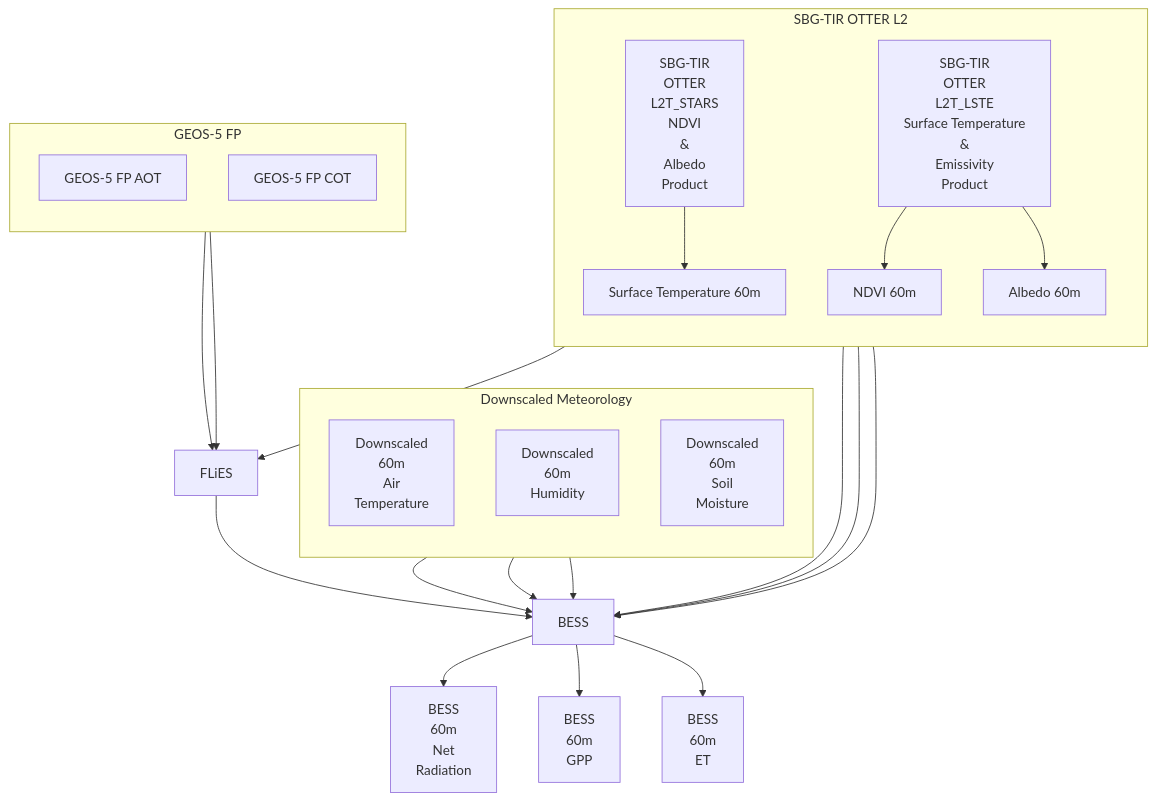
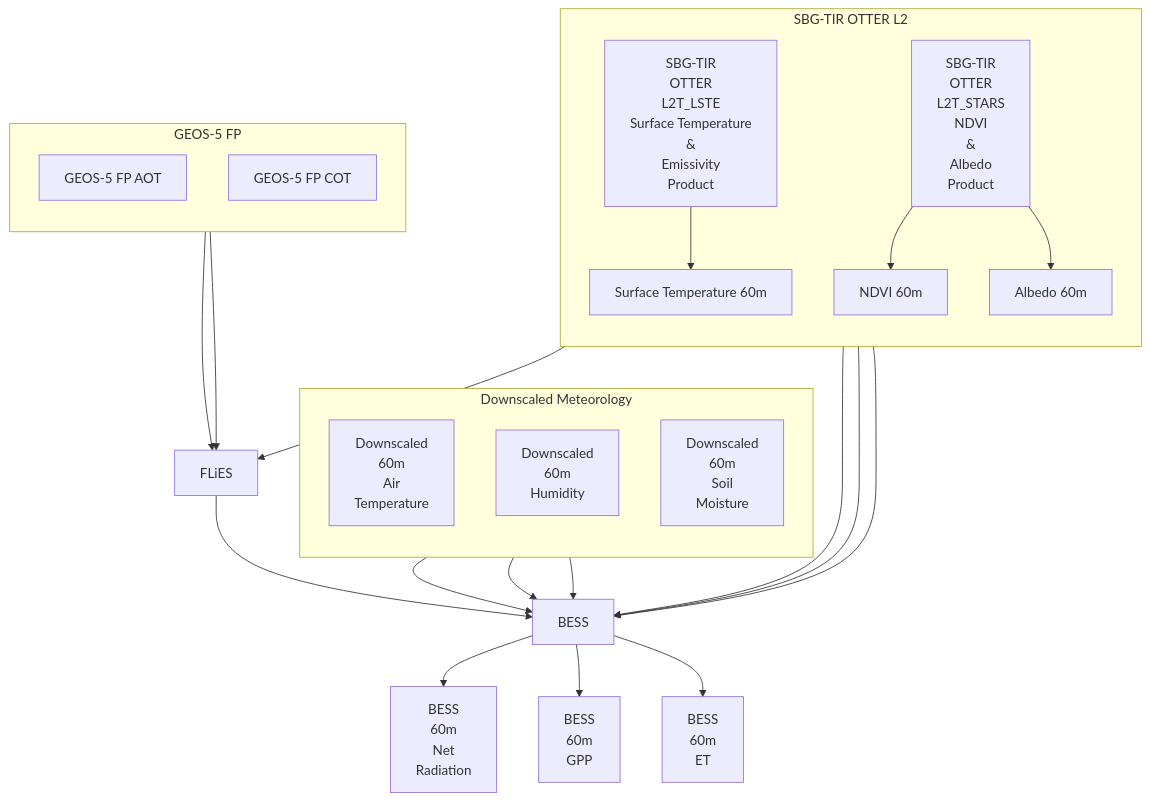
The second of 2 diagrams in README.md (sbg-tir/SBG-TIR-L4-JET), drawn with Mermaid before and after one commit.

````diff
--- a/README.md
+++ b/README.md
@@ -154,47 +154,47 @@
 ```mermaid
 flowchart TB
     subgraph SBG_L2[SBG-TIR OTTER L2]
         direction TB
-        SBG_L2T_LSTE[SBG-TIR<br>OTTER<br>L2T_STARS<br>NDVI<br>&<br>Albedo<br>Product]
-        SBG_L2T_STARS[SBG-TIR<br>OTTER<br>L2T_LSTE<br>Surface Temperature<br>&<br>Emissivity<br>Product]
+        SBG_L2T_STARS[SBG-TIR<br>OTTER<br>L2T_STARS<br>NDVI<br>&<br>Albedo<br>Product]
+        SBG_L2T_LSTE[SBG-TIR<br>OTTER<br>L2T_LSTE<br>Surface Temperature<br>&<br>Emissivity<br>Product]
         ST[Surface Temperature 60m]
         NDVI[NDVI 60m]
         albedo[Albedo 60m]
         SBG_L2T_LSTE --> ST
         SBG_L2T_STARS --> NDVI
         SBG_L2T_STARS --> albedo
     end
 
     subgraph downscaled_meteorology[Downscaled Meteorology]
         direction TB
         downscaled_Ta[Downscaled<br>60m<br>Air<br>Temperature]
         downscaled_RH[Downscaled<br>60m<br>Humidity]
         downscaled_SM[Downscaled<br>60m<br>Soil<br>Moisture]
     end
 
     subgraph GEOS5FP[GEOS-5 FP]
         direction TB
         GEOS5FP_AOT[GEOS-5 FP AOT]
         GEOS5FP_COT[GEOS-5 FP COT]
     end
 
     BESS_Rn[BESS<br>60m<br>Net<br>Radiation]
     BESS_GPP[BESS<br>60m<br>GPP]
     BESS_ET[BESS<br>60m<br>ET]
 
     GEOS5FP_AOT --> FLiES
     GEOS5FP_COT --> FLiES
     albedo --> FLiES
     
     FLiES --> BESS
     ST --> BESS
     NDVI --> BESS
     albedo --> BESS
     downscaled_Ta --> BESS
     downscaled_RH --> BESS
     downscaled_SM --> BESS
 
     BESS --> BESS_Rn
     BESS --> BESS_GPP
     BESS --> BESS_ET
 ```
````
